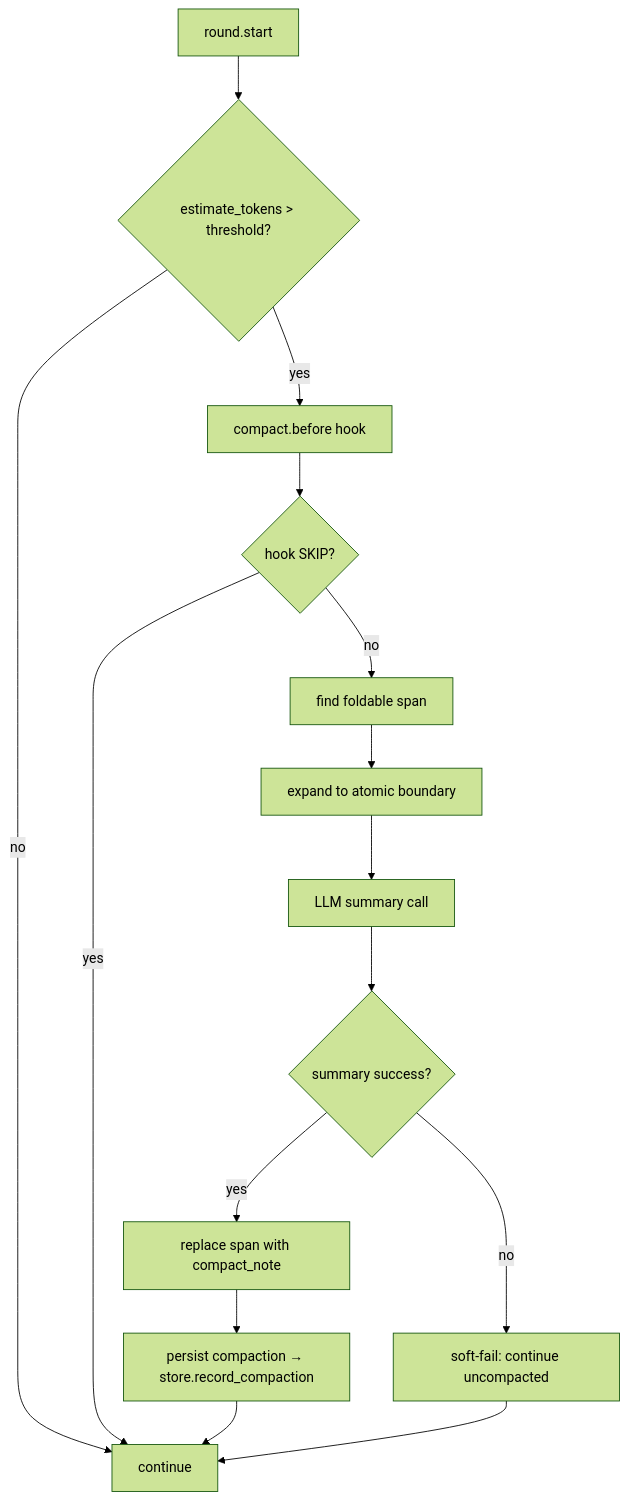
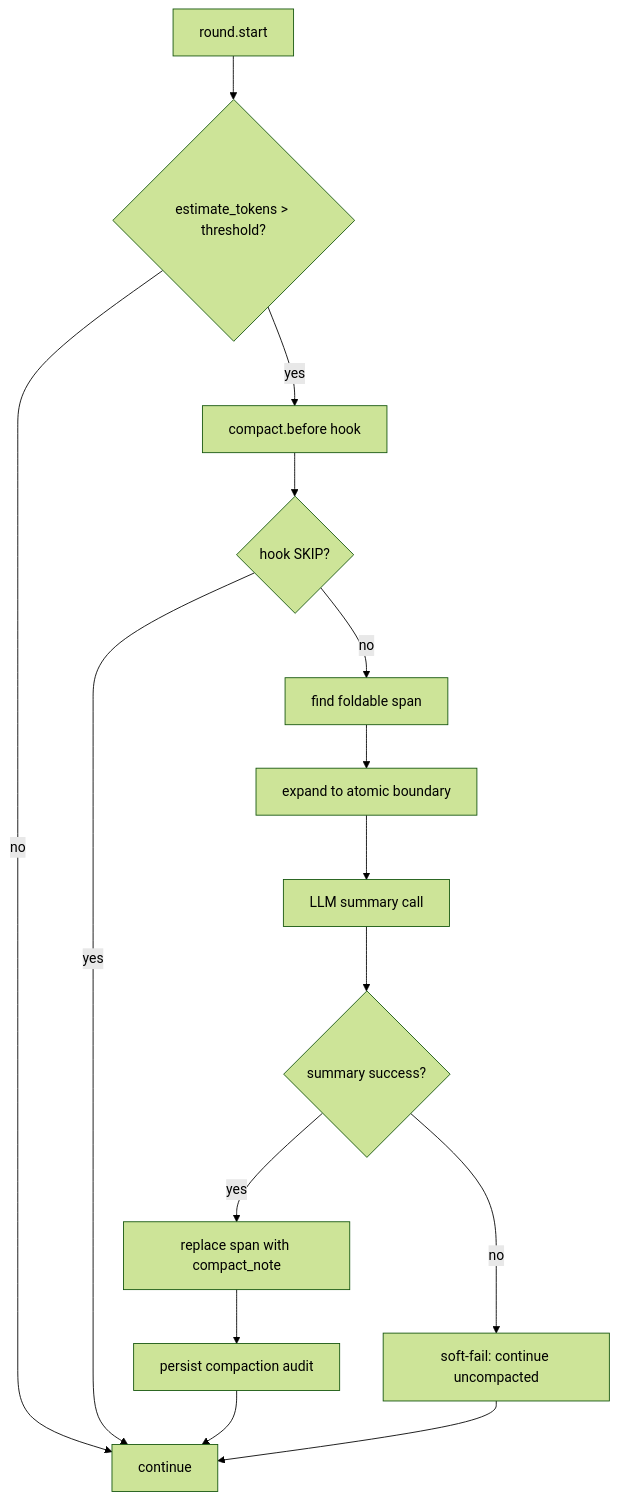
One commit to PL-play/power-loop changed the sixth of 12 diagrams in docs/en/architecture.md. Above: the diagram before and after it, drawn with Mermaid (forest theme). The commit also changed other lines of this file and 46 other files, not shown here.

````diff
--- a/docs/en/architecture.md
+++ b/docs/en/architecture.md
@@ -186,17 +186,17 @@
 ```mermaid
 flowchart TD
     A[round.start] --> B{estimate_tokens > threshold?}
     B -->|no| Z[continue]
     B -->|yes| C[compact.before hook]
     C --> D{hook SKIP?}
     D -->|yes| Z
     D -->|no| E[find foldable span]
     E --> F[expand to atomic boundary]
     F --> G[LLM summary call]
     G --> H{summary success?}
     H -->|yes| I[replace span with compact_note]
     H -->|no| J[soft-fail: continue uncompacted]
-    I --> K[persist compaction → store.record_compaction]
+    I --> K[persist compaction audit]
     K --> Z
     J --> Z
 ```
````
